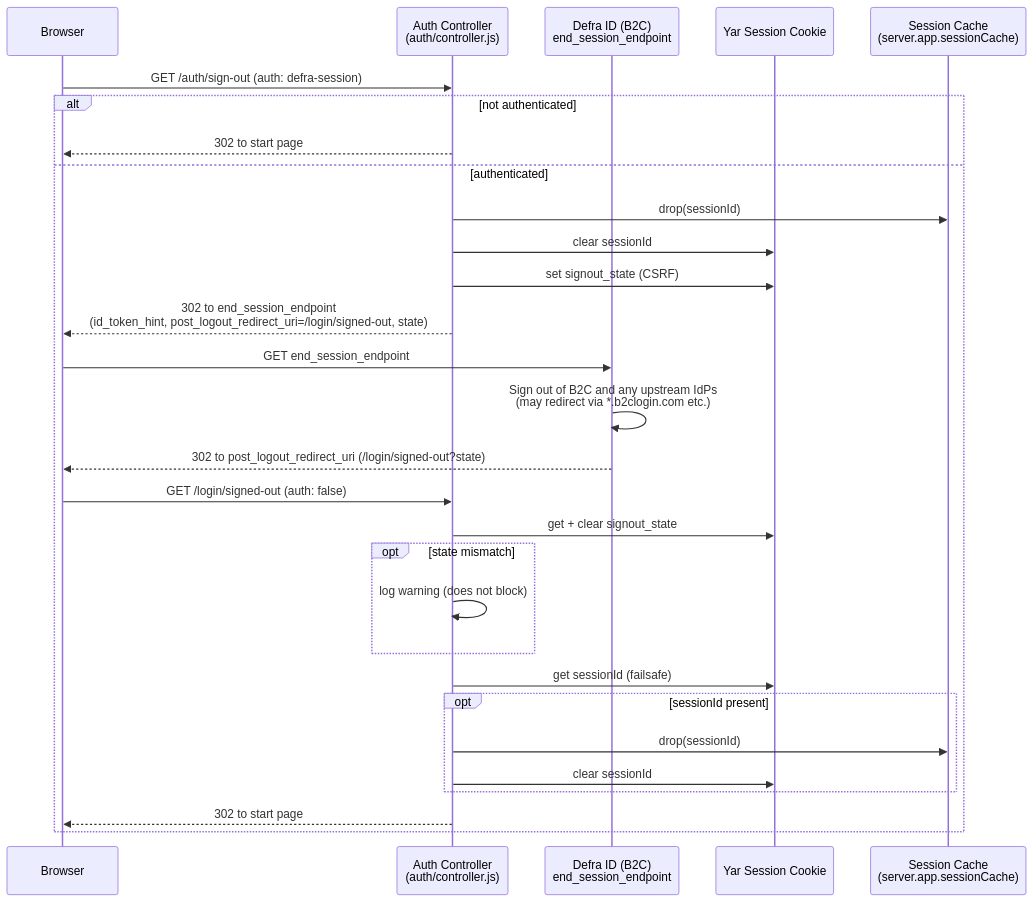
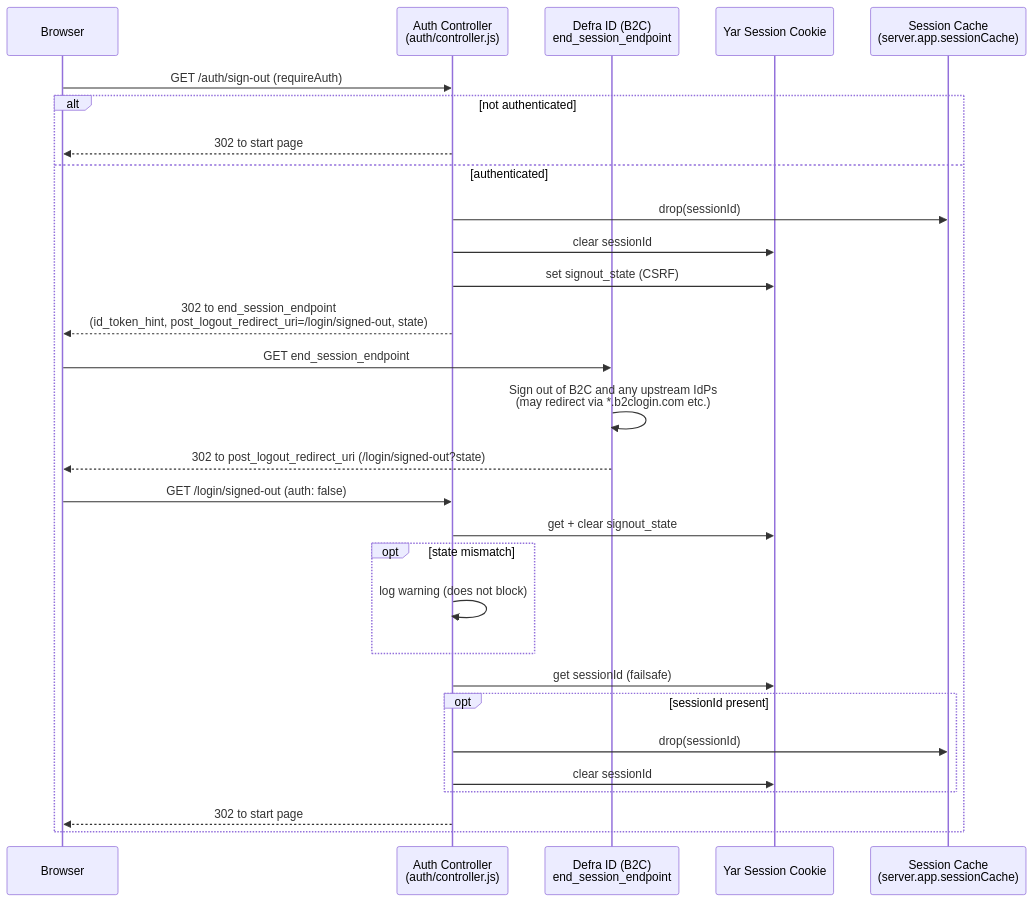
One commit to DEFRA/nrf-solution changed the diagram in docs/features/authentication/defra-id/sign-out-flow.mermaid. Above: the diagram before and after it, drawn with Mermaid. The commit also changed 6 other files, not shown here.

First line of the commit message:
NRF2-1329 - Coding rules for requireAuth, error pages, new-tab links and signed-in tests (#93)

```diff
--- a/docs/features/authentication/defra-id/sign-out-flow.mermaid
+++ b/docs/features/authentication/defra-id/sign-out-flow.mermaid
@@ -1,32 +1,32 @@
 sequenceDiagram
     participant Browser
     participant Ctrl as Auth Controller<br/>(auth/controller.js)
     participant DefraId as Defra ID (B2C)<br/>end_session_endpoint
     participant Yar as Yar Session Cookie
     participant Cache as Session Cache<br/>(server.app.sessionCache)
 
-    %% User clicks the "Sign out" link on the profile page
-    Browser->>Ctrl: GET /auth/sign-out  (auth: defra-session)
+    %% User clicks the "Sign out" link in the service navigation or on the profile page
+    Browser->>Ctrl: GET /auth/sign-out  (requireAuth)
     alt not authenticated
         Ctrl-->>Browser: 302 to start page
     else authenticated
         Ctrl->>Cache: drop(sessionId)
         Ctrl->>Yar: clear sessionId
         Ctrl->>Yar: set signout_state (CSRF)
         Ctrl-->>Browser: 302 to end_session_endpoint<br/>(id_token_hint, post_logout_redirect_uri=/login/signed-out, state)
         Browser->>DefraId: GET end_session_endpoint
         DefraId->>DefraId: Sign out of B2C and any upstream IdPs<br/>(may redirect via *.b2clogin.com etc.)
         DefraId-->>Browser: 302 to post_logout_redirect_uri (/login/signed-out?state)
 
         Browser->>Ctrl: GET /login/signed-out  (auth: false)
         Ctrl->>Yar: get + clear signout_state
         opt state mismatch
             Ctrl->>Ctrl: log warning (does not block)
         end
         Ctrl->>Yar: get sessionId (failsafe)
         opt sessionId present
             Ctrl->>Cache: drop(sessionId)
             Ctrl->>Yar: clear sessionId
         end
         Ctrl-->>Browser: 302 to start page
     end
```
